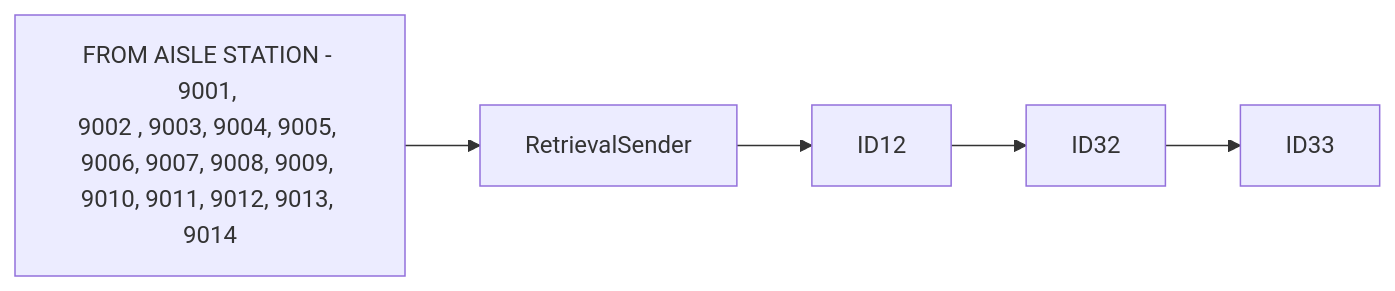
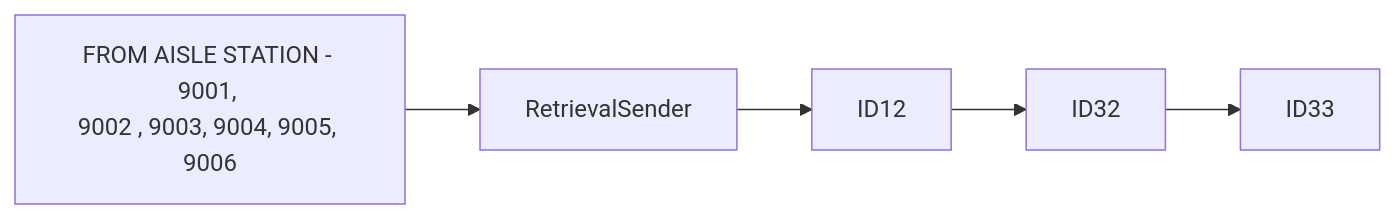
The first of 16 diagrams in Basic-Design/DFD-WMS/Retrieval/QC-Setting/Retrieval-for-QC-Start.md (luthfiadityaa/SimeDarby-Wiki), drawn with Mermaid before and after one commit.

Commit message:
Updated Retrieval for QC Start

```diff
--- a/Basic-Design/DFD-WMS/Retrieval/QC-Setting/Retrieval-for-QC-Start.md
+++ b/Basic-Design/DFD-WMS/Retrieval/QC-Setting/Retrieval-for-QC-Start.md
@@ -5,9 +5,7 @@
 ::: mermaid
 flowchart LR
 
 P1[FROM AISLE STATION - 9001, 
 9002 , 9003, 9004, 9005, 
-9006, 9007, 9008, 9009, 
-9010, 9011, 9012, 9013, 
-9014]-->P2[RetrievalSender]-->P21[ID12]-->P3[ID32]-->P4[ID33]
+9006]-->P2[RetrievalSender]-->P21[ID12]-->P3[ID32]-->P4[ID33]
 :::
```
